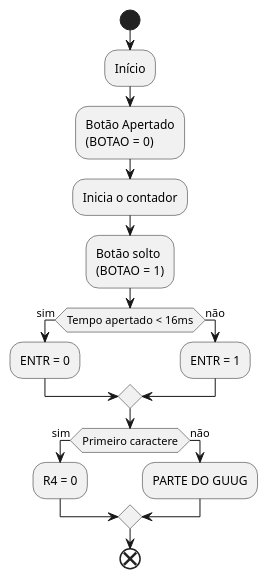
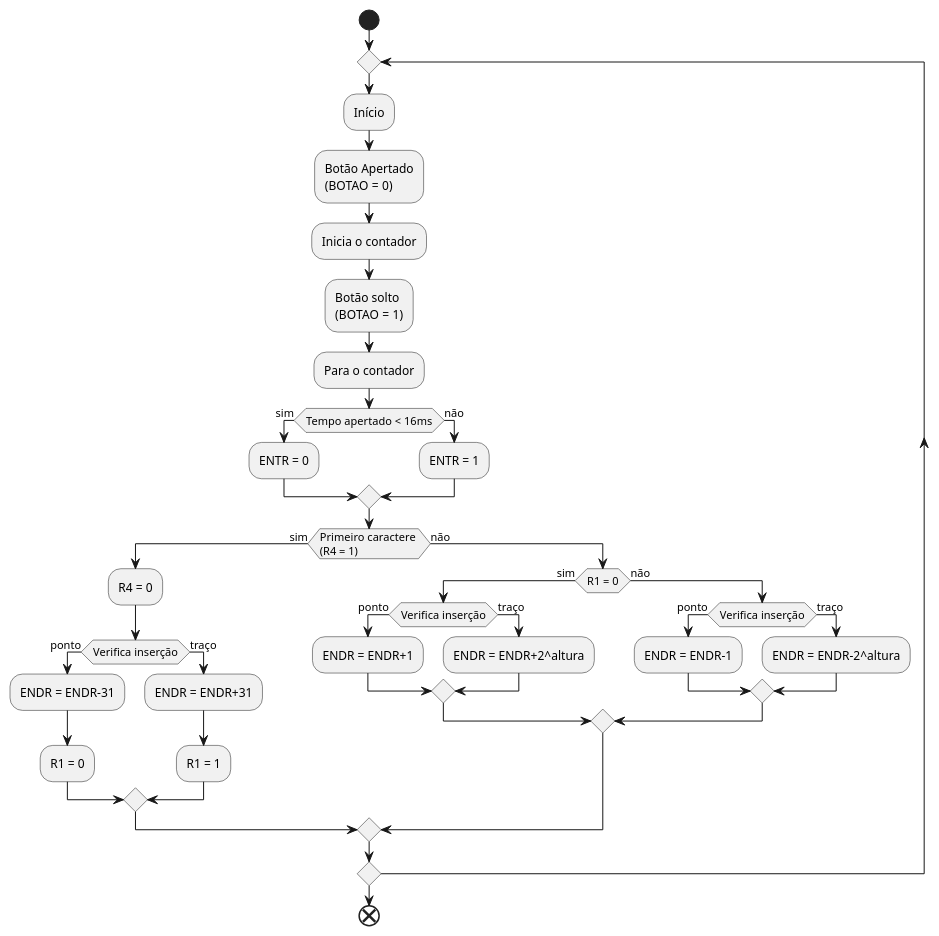
Before and after one commit to sociedade-do-pastel/morssembly: the first of 2 diagrams in relateiro/fluxograma.org, drawn with PlantUML. The commit also changed 2 other files, not shown here.

Commit message:
Terminado conteúdo do fluxograma e relatório.

```diff
--- a/relateiro/fluxograma.org
+++ b/relateiro/fluxograma.org
@@ -2,20 +2,43 @@
 #+BEGIN_SRC plantuml :file ./img/fluxograma-main.png
   start
+  repeat
   :Início;
   :Botão Apertado
   (BOTAO = 0);
   :Inicia o contador;
   :Botão solto
   (BOTAO = 1);
+  :Para o contador;
   if (Tempo apertado < 16ms) then (sim)
        :ENTR = 0;
   else (não)
        :ENTR = 1;
   endif
-  if (Primeiro caractere) then (sim)
+  if (Primeiro caractere 
+  (R4 = 1)) then (sim)
        :R4 = 0;
+       if (Verifica inserção) then (ponto)
+            :ENDR = ENDR-31;
+            :R1 = 0;
+       else (traço)
+            :ENDR = ENDR+31;
+            :R1 = 1;
+       endif
   else (não)
-       :PARTE DO GUUG;
+       if (R1 = 0) then (sim)
+            if (Verifica inserção) then (ponto)
+                 :ENDR = ENDR+1;
+            else (traço)
+                 :ENDR = ENDR+2^altura;
+            endif
+       else (não)
+            if (Verifica inserção) then (ponto)
+                 :ENDR = ENDR-1;
+            else (traço)
+                 :ENDR = ENDR-2^altura;
+            endif
+       endif
   endif
+  repeat while
   end
 #+END_SRC
```
